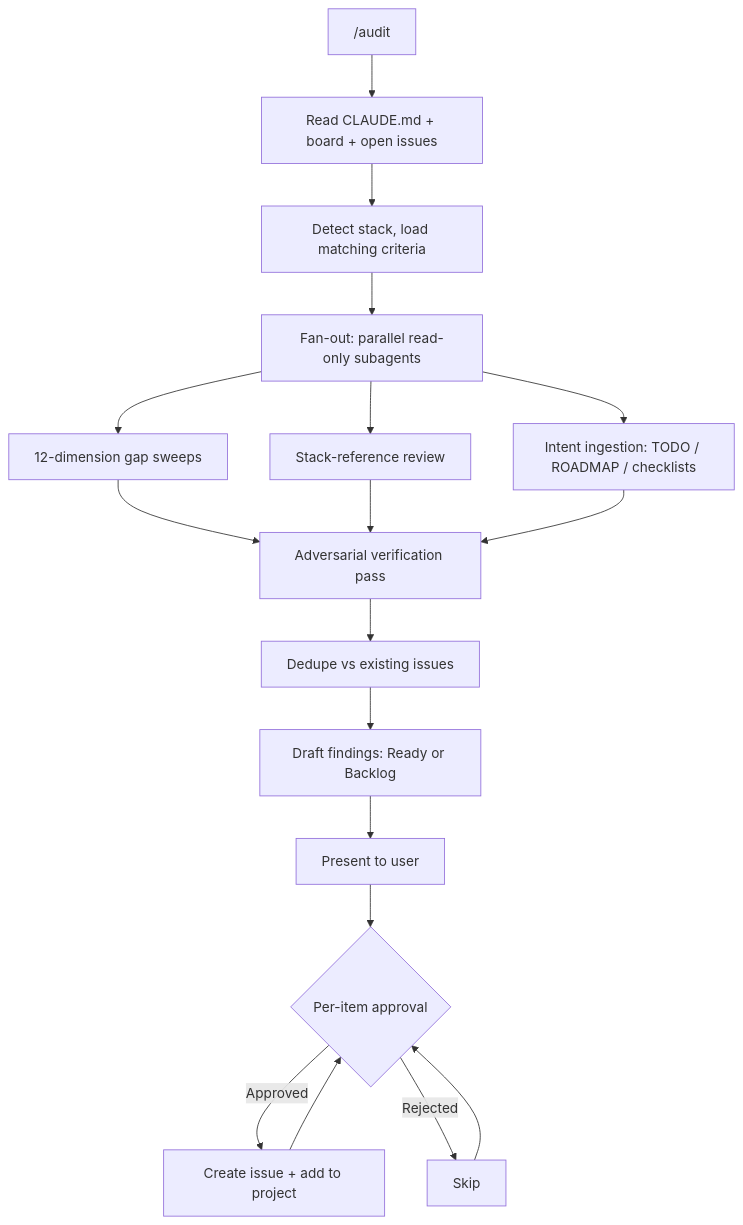
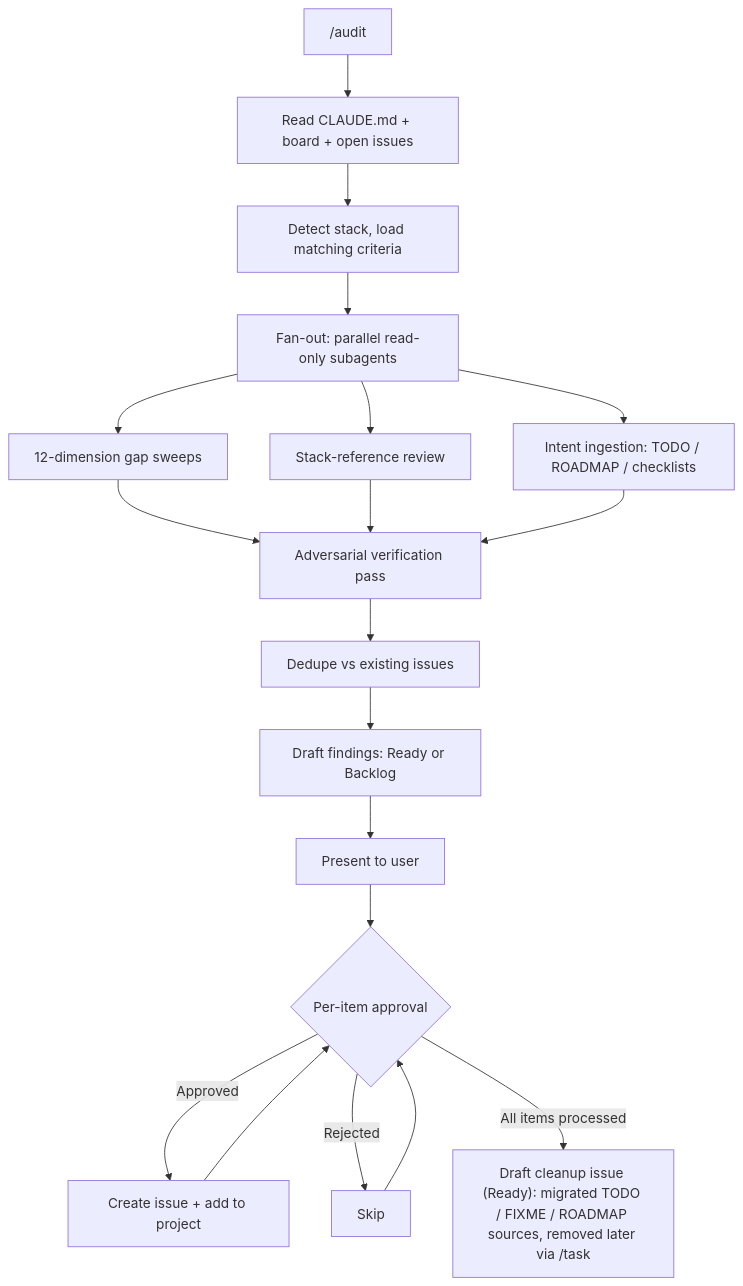
Before and after one commit to trackness/claude-agents: the sixth of 8 diagrams in README.md, drawn with Mermaid. The commit also changed other lines of this file, not shown here.

First line of the commit message:
docs(readme): align capture and audit flow diagrams with skill workflows

````diff
--- a/README.md
+++ b/README.md
@@ -244,20 +244,21 @@
 ```mermaid
 flowchart TD
     A["/audit"] --> B[Read CLAUDE.md + board + open issues]
     B --> SD[Detect stack, load matching criteria]
     SD --> C[Fan-out: parallel read-only subagents]
     C --> C1[12-dimension gap sweeps]
     C --> C2[Stack-reference review]
     C --> C3[Intent ingestion: TODO / ROADMAP / checklists]
     C1 --> V[Adversarial verification pass]
     C2 --> V
     C3 --> V
     V --> E[Dedupe vs existing issues]
     E --> F[Draft findings: Ready or Backlog]
     F --> G[Present to user]
     G --> H{Per-item approval}
     H -- Approved --> I[Create issue + add to project]
     H -- Rejected --> J[Skip]
     I --> H
     J --> H
+    H -- All items processed --> K["Draft cleanup issue (Ready): migrated TODO / FIXME / ROADMAP sources, removed later via /task"]
 ```
````
